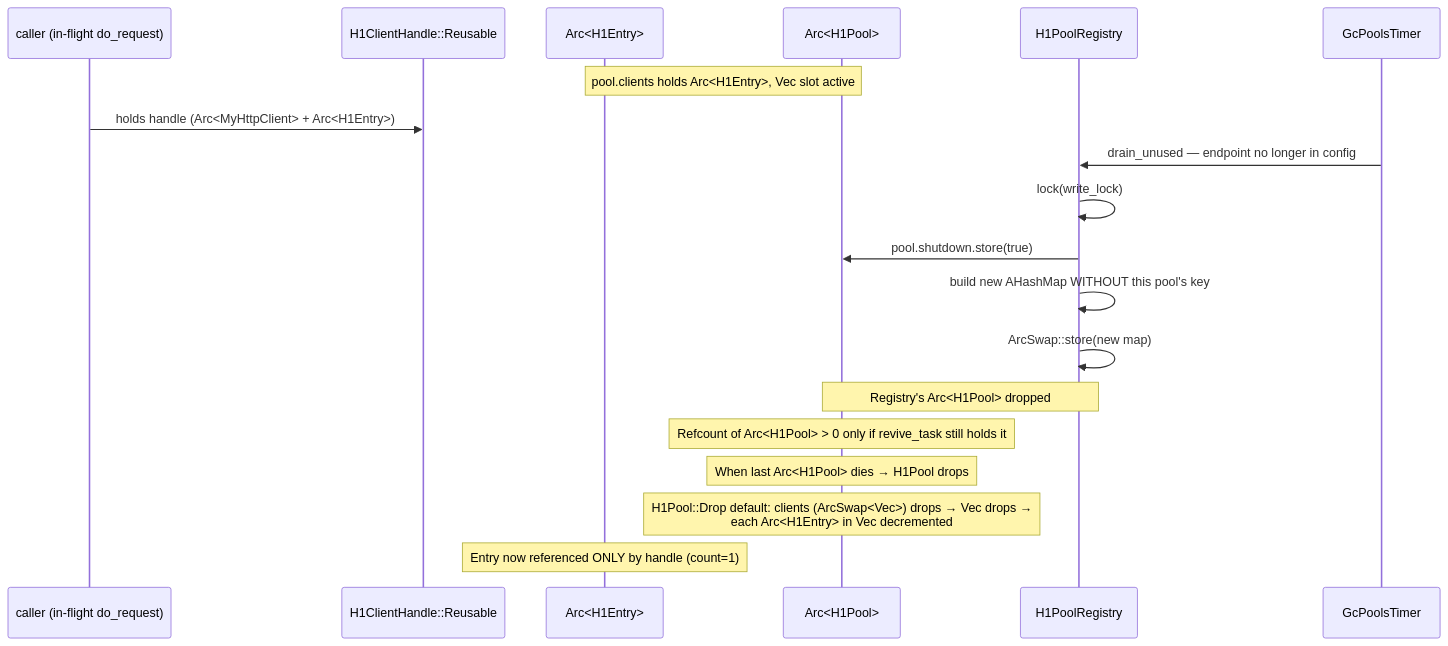
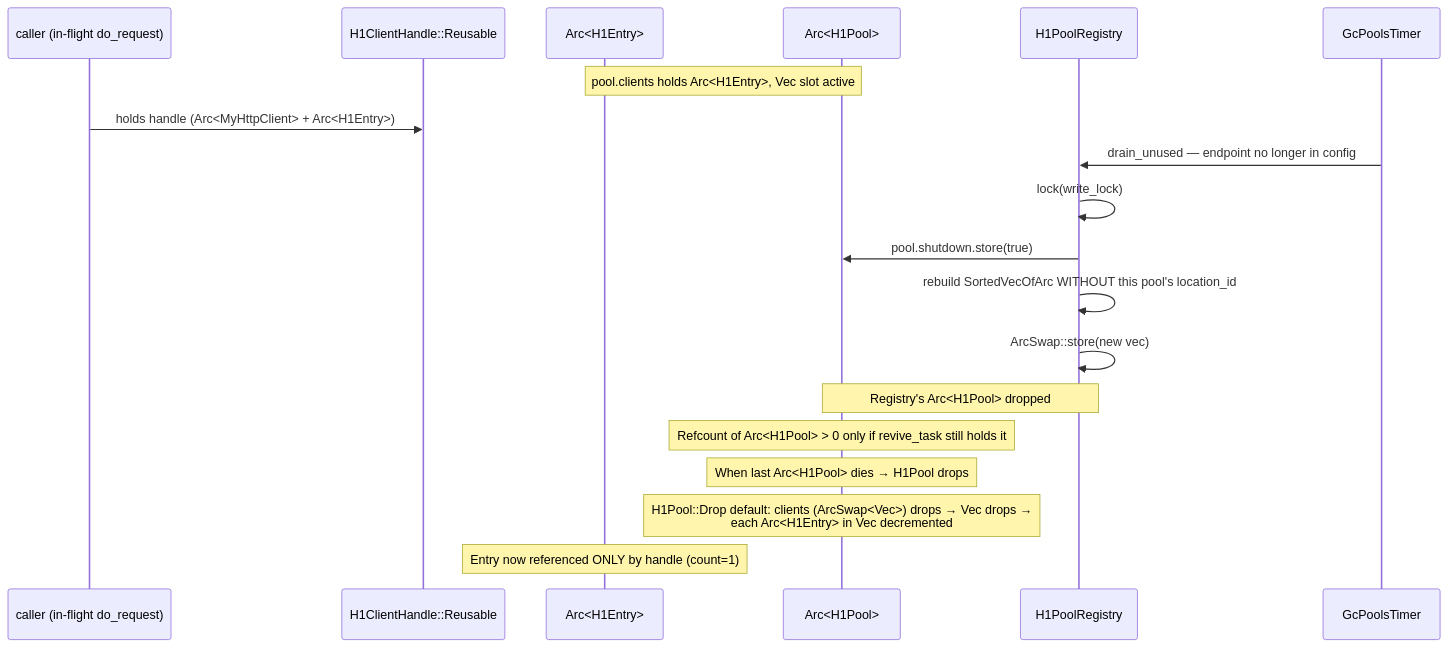
The ninth of 10 diagrams in docs/h1-pool.md (MyJetTools/my-reverse-proxy), drawn with Mermaid before and after one commit. The commit also changed other lines of this file and 23 other files, not shown here.

````diff
--- a/docs/h1-pool.md
+++ b/docs/h1-pool.md
@@ -403,22 +460,22 @@
 ```mermaid
 sequenceDiagram
     participant Caller as caller (in-flight do_request)
     participant Handle as H1ClientHandle::Reusable
     participant Entry as Arc<H1Entry>
     participant Pool as Arc<H1Pool>
     participant Registry as H1PoolRegistry
     participant GC as GcPoolsTimer
 
     Note over Pool,Entry: pool.clients holds Arc<H1Entry>, Vec slot active
     Caller->>Handle: holds handle (Arc<MyHttpClient> + Arc<H1Entry>)
     GC->>Registry: drain_unused — endpoint no longer in config
     Registry->>Registry: lock(write_lock)
     Registry->>Pool: pool.shutdown.store(true)
-    Registry->>Registry: build new AHashMap WITHOUT this pool's key
-    Registry->>Registry: ArcSwap::store(new map)
+    Registry->>Registry: rebuild SortedVecOfArc WITHOUT this pool's location_id
+    Registry->>Registry: ArcSwap::store(new vec)
     Note over Registry,Pool: Registry's Arc<H1Pool> dropped
     Note over Pool: Refcount of Arc<H1Pool> > 0 only if revive_task still holds it
     Note over Pool: When last Arc<H1Pool> dies → H1Pool drops
     Note over Pool: H1Pool::Drop default: clients (ArcSwap<Vec>) drops → Vec drops →<br/>each Arc<H1Entry> in Vec decremented
     Note over Entry: Entry now referenced ONLY by handle (count=1)
 ```
````
